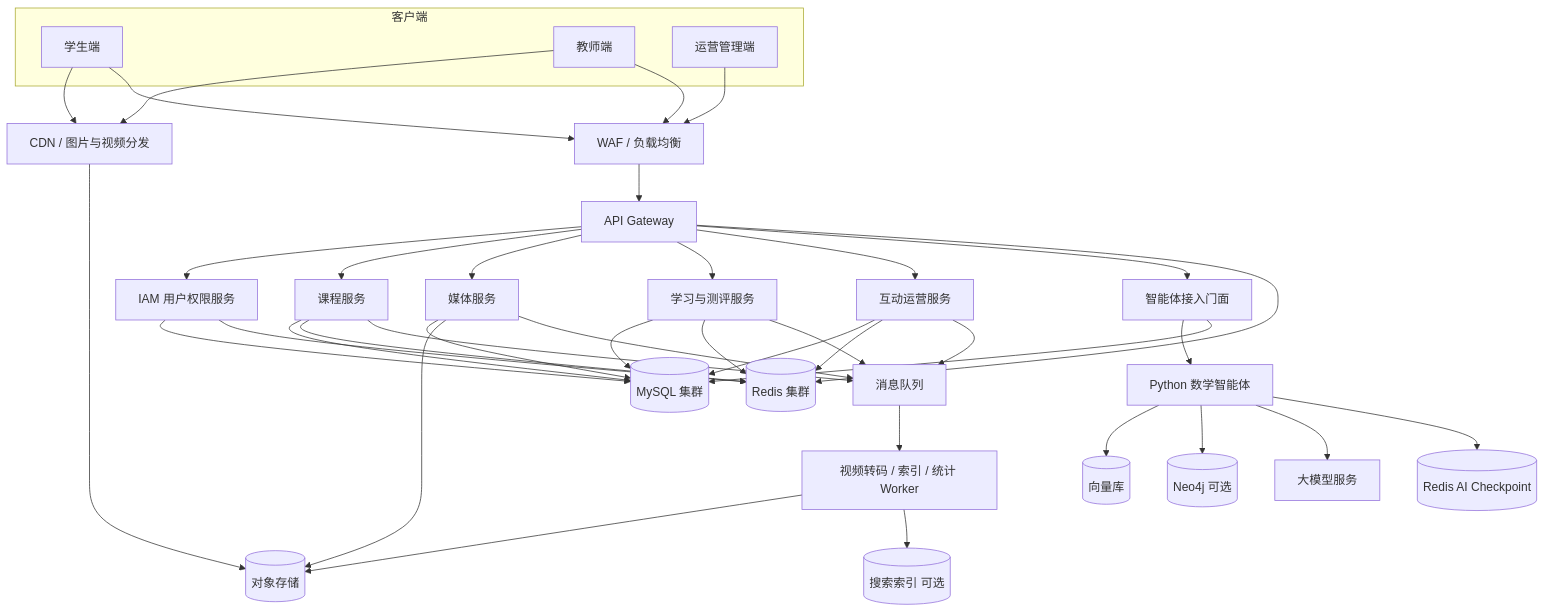
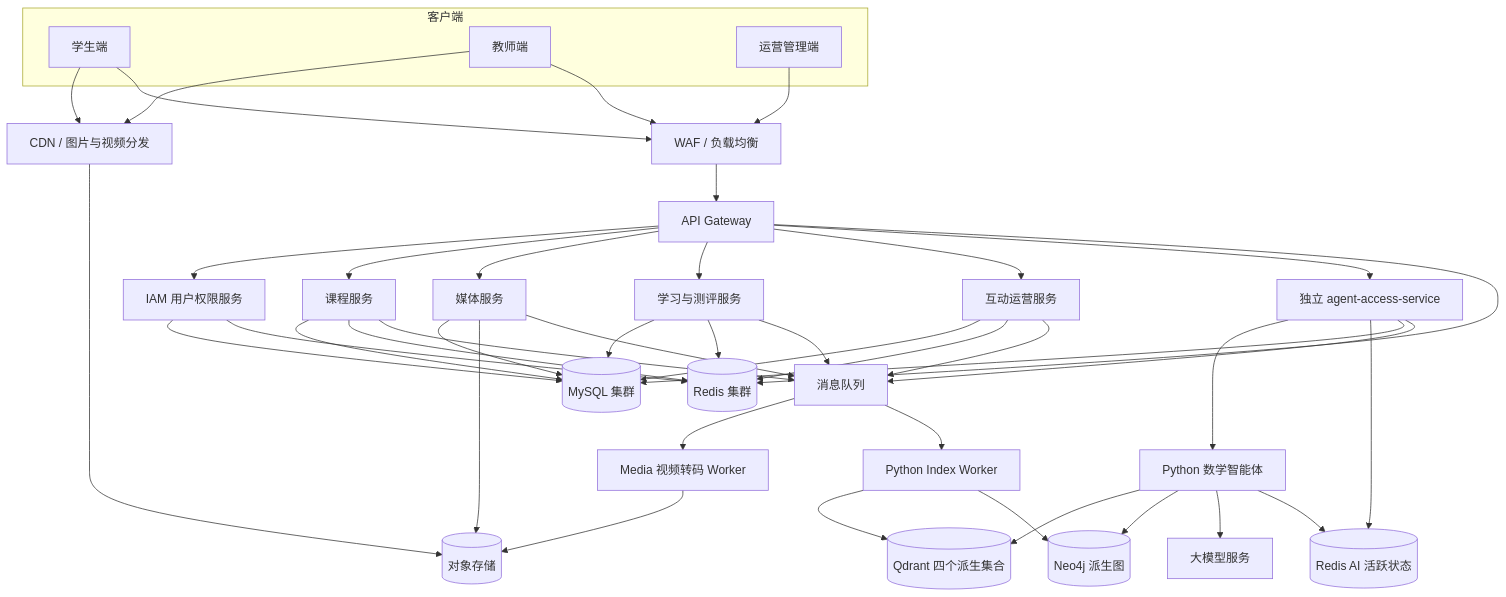
Before and after one commit to chengchen-ccnu/ccnu-edulion: the first of 4 diagrams in 在线网课平台工业架构设计.md, drawn with Mermaid. The commit also changed other lines of this file and 9 other files, not shown here.

````diff
--- a/在线网课平台工业架构设计.md
+++ b/在线网课平台工业架构设计.md
@@ -84,51 +84,55 @@
 ```mermaid
 flowchart TB
     subgraph Client[客户端]
         Student[学生端]
         Teacher[教师端]
         Admin[运营管理端]
     end
 
     Student --> CDN
     Teacher --> CDN
     Admin --> WAF
     CDN[CDN / 图片与视频分发] --> ObjectStorage[(对象存储)]
     Student --> WAF[WAF / 负载均衡]
     Teacher --> WAF
     WAF --> Gateway[API Gateway]
 
     Gateway --> IAM[IAM 用户权限服务]
     Gateway --> Course[课程服务]
     Gateway --> Media[媒体服务]
     Gateway --> Learning[学习与测评服务]
     Gateway --> Operation[互动运营服务]
-    Gateway --> AgentAccess[智能体接入门面]
+    Gateway --> AgentAccess[独立 agent-access-service]
 
     AgentAccess --> Agent[Python 数学智能体]
-    Agent --> Vector[(向量库)]
-    Agent --> KG[(Neo4j 可选)]
+    Agent --> Vector[(Qdrant 四个派生集合)]
+    Agent --> KG[(Neo4j 派生图)]
     Agent --> LLM[大模型服务]
-    Agent --> RedisAgent[(Redis AI Checkpoint)]
+    Agent --> RedisAgent[(Redis AI 活跃状态)]
+    AgentAccess --> RedisAgent
 
     IAM --> MySQL[(MySQL 集群)]
     Course --> MySQL
     Media --> MySQL
     Learning --> MySQL
     Operation --> MySQL
     AgentAccess --> MySQL
 
     Gateway --> Redis[(Redis 集群)]
     IAM --> Redis
     Course --> Redis
     Learning --> Redis
     Operation --> Redis
 
     Media --> ObjectStorage
     Media --> MQ[消息队列]
     Learning --> MQ
     Course --> MQ
     Operation --> MQ
-    MQ --> Worker[视频转码 / 索引 / 统计 Worker]
+    MQ --> Worker[Media 视频转码 Worker]
     Worker --> ObjectStorage
-    Worker --> Search[(搜索索引 可选)]
+    AgentAccess --> MQ
+    MQ --> IndexWorker[Python Index Worker]
+    IndexWorker --> Vector
+    IndexWorker --> KG
 ```
````
